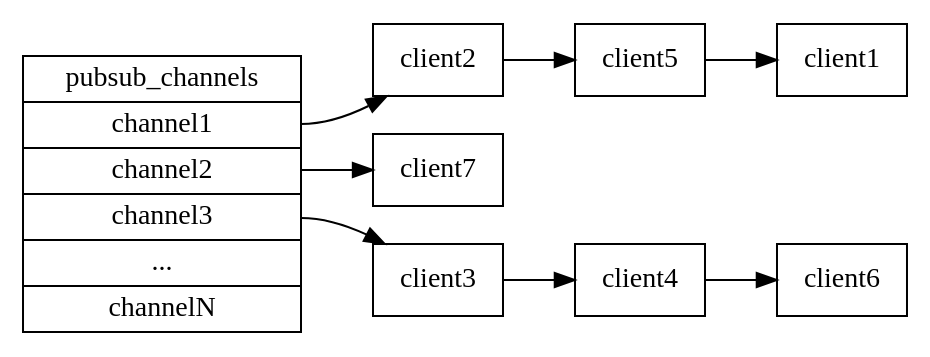
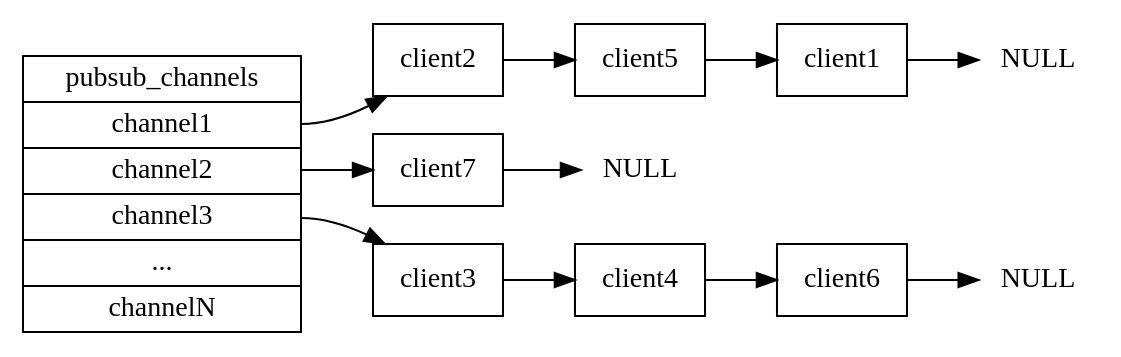
Before and after one commit to huangzworks/redisbook: the diagram in feature/image/pubsub.dot, drawn with Graphviz. The commit also changed 3 other files, not shown here.

```diff
--- a/feature/image/pubsub.dot
+++ b/feature/image/pubsub.dot
@@ -1,34 +1,40 @@
 digraph pubsub {
 
     rankdir = LR;
 
     node [shape = record];
 
     // keys
 
     pubsub [label = "pubsub_channels |<channel1> channel1 |<channel2> channel2 |<channel3> channel3 | ... |<channelN> channelN"];
 
     // clients blocking for channel1
     client1 [label = "client1"];
     client5 [label = "client5"];
     client2 [label = "client2"];
+    null_1 [label = "NULL", shape = plaintext];
     
     pubsub:channel1 -> client2;
     client2 -> client5;
     client5 -> client1;
+    client1 -> null_1;
 
     // clients blocking for channel2
     client7 [label = "client7"];
+    null_2 [label = "NULL", shape = plaintext];
 
     pubsub:channel2 -> client7;
+    client7 -> null_2;
 
     // channel
 
     client3 [label = "client3"];
     client4 [label = "client4"];
     client6 [label = "client6"];
+    null_3 [label = "NULL", shape = plaintext];
 
     pubsub:channel3 -> client3;
     client3 -> client4;
     client4 -> client6;
+    client6 -> null_3;
 }
```
